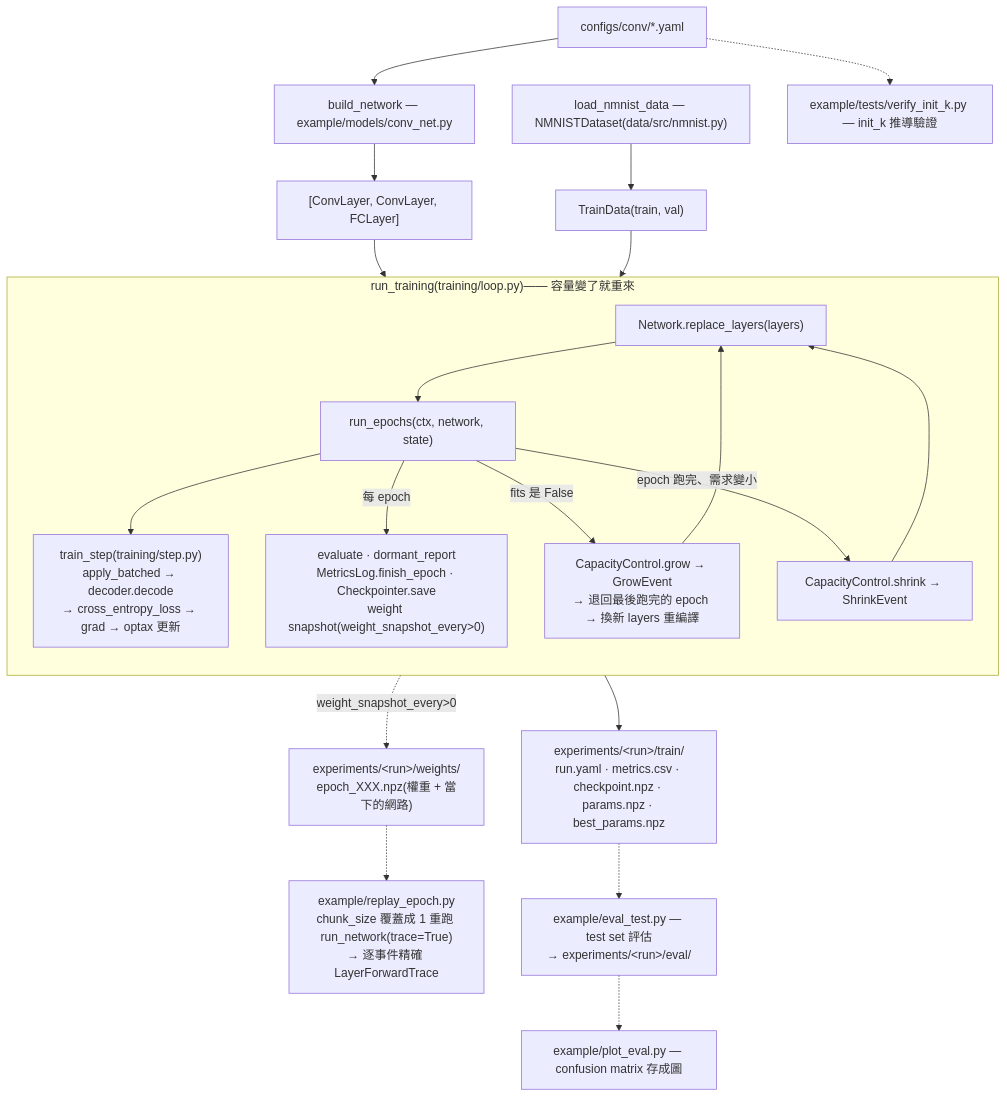
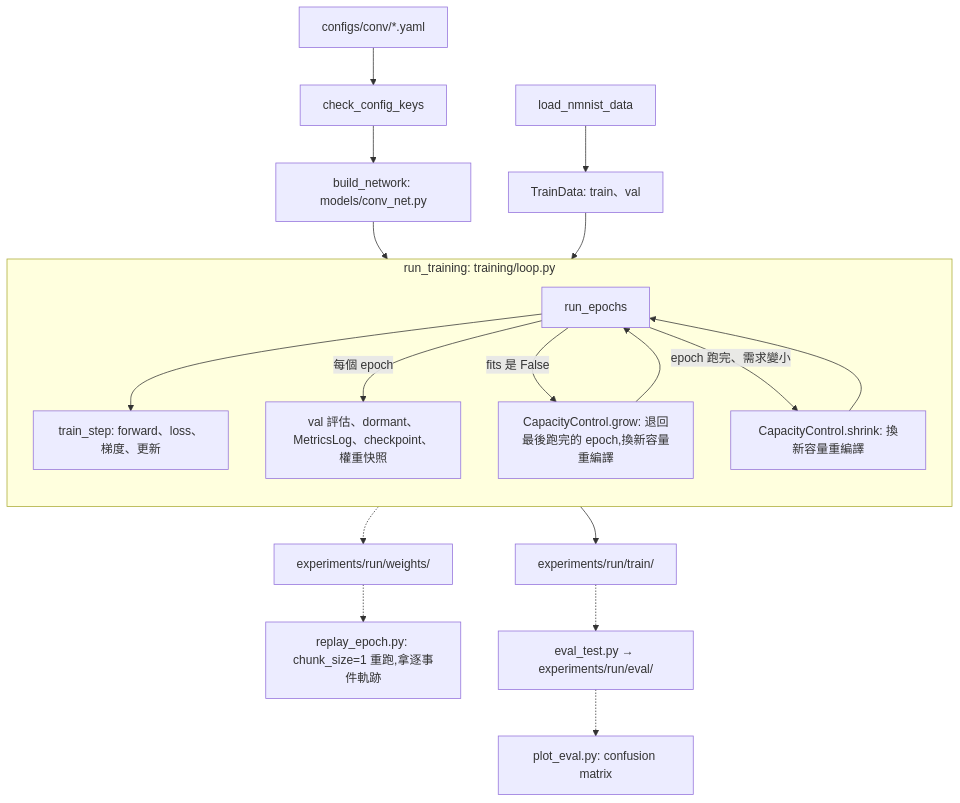
Before and after one commit to Salt-Shio/Spiking-Affine-Lazy-Training: the second of 2 diagrams in docs/架構.md, drawn with Mermaid. The commit also changed other lines of this file and 20 other files, not shown here.

````diff
--- a/docs/架構.md
+++ b/docs/架構.md
@@ -100,26 +124,22 @@
 ```mermaid
 flowchart TD
-    CFG["configs/conv/*.yaml"] --> BN["build_network — example/models/conv_net.py"]
-    BN --> LAYERS["[ConvLayer, ConvLayer, FCLayer]"]
-    DS["load_nmnist_data — NMNISTDataset(data/src/nmnist.py)"] --> SPLIT["TrainData(train, val)"]
-
-    LAYERS --> WHILE
-    SPLIT --> WHILE
-    subgraph WHILE["run_training(training/loop.py)—— 容量變了就重來"]
+    CFG["configs/conv/*.yaml"] --> CHK["check_config_keys"]
+    CHK --> BN["build_network: models/conv_net.py"]
+    DS["load_nmnist_data"] --> TD["TrainData: train、val"]
+    BN --> RT
+    TD --> RT
+    subgraph RT["run_training: training/loop.py"]
         direction TB
-        NET["Network.replace_layers(layers)"] --> RE["run_epochs(ctx, network, state)"]
-        RE --> TS["train_step(training/step.py)<br/>apply_batched → decoder.decode<br/>→ cross_entropy_loss → grad → optax 更新"]
-        RE -->|"每 epoch"| PE["evaluate · dormant_report<br/>MetricsLog.finish_epoch · Checkpointer.save<br/>weight snapshot(weight_snapshot_every>0)"]
-        RE -->|"fits 是 False"| GROW["CapacityControl.grow → GrowEvent<br/>→ 退回最後跑完的 epoch → 換新 layers 重編譯"]
-        RE -->|"epoch 跑完、需求變小"| SHRINK["CapacityControl.shrink → ShrinkEvent"]
-        GROW --> NET
-        SHRINK --> NET
+        RE["run_epochs"] --> TS["train_step: forward、loss、梯度、更新"]
+        RE -->|"每個 epoch"| EP["val 評估、dormant、MetricsLog、checkpoint、權重快照"]
+        RE -->|"fits 是 False"| GROW["CapacityControl.grow: 退回最後跑完的 epoch,換新容量重編譯"]
+        RE -->|"epoch 跑完、需求變小"| SHRINK["CapacityControl.shrink: 換新容量重編譯"]
+        GROW --> RE
+        SHRINK --> RE
     end
-    WHILE --> OUT["experiments/&lt;run&gt;/train/<br/>run.yaml · metrics.csv · checkpoint.npz · params.npz · best_params.npz"]
-    WHILE -.->|"weight_snapshot_every>0"| WOUT["experiments/&lt;run&gt;/weights/<br/>epoch_XXX.npz(權重 + 當下的網路)"]
-    WOUT -.-> REPLAY["example/replay_epoch.py<br/>chunk_size 覆蓋成 1 重跑 run_network(trace=True)<br/>→ 逐事件精確 LayerForwardTrace"]
-
-    OUT -.-> EVAL["example/eval_test.py — test set 評估<br/>→ experiments/&lt;run&gt;/eval/"]
-    EVAL -.-> PLOT["example/plot_eval.py — confusion matrix 存成圖"]
-    CFG -.-> VER["example/tests/verify_init_k.py — init_k 推導驗證"]
+    RT --> OUT["experiments/run/train/"]
+    RT -.-> WOUT["experiments/run/weights/"]
+    WOUT -.-> REPLAY["replay_epoch.py: chunk_size=1 重跑,拿逐事件軌跡"]
+    OUT -.-> EVAL["eval_test.py → experiments/run/eval/"]
+    EVAL -.-> PLOT["plot_eval.py: confusion matrix"]
 ```
````
